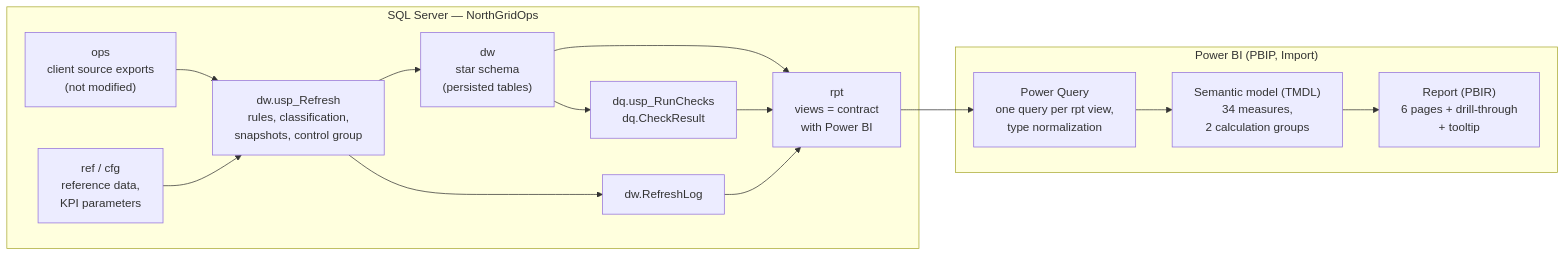
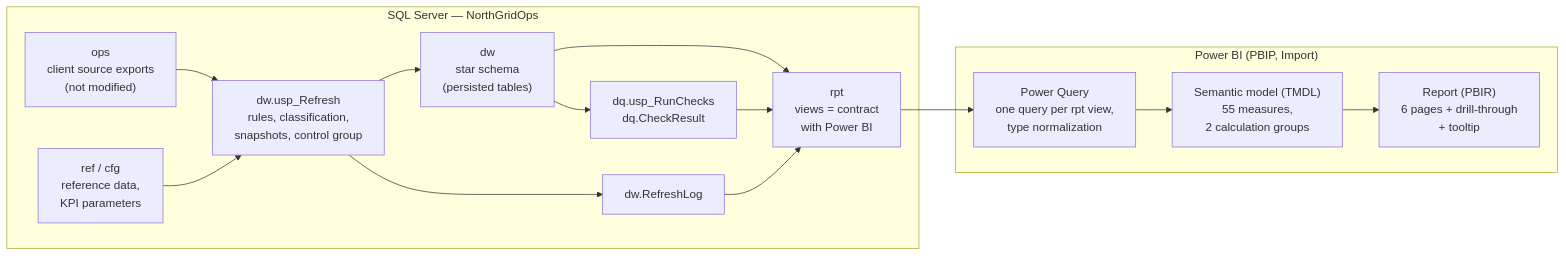
One commit to scylladl/telecom-operations-intelligence changed the diagram in docs/03-data-model.md. Above: the diagram before and after it, drawn with Mermaid. The commit also changed 2 other files, not shown here.

Commit message:
Docs: measure counts match the model (34 KPI measures plus 21 design-support measures)

````diff
--- a/docs/03-data-model.md
+++ b/docs/03-data-model.md
@@ -7,27 +7,27 @@
 ```mermaid
 flowchart LR
     subgraph SQL["SQL Server — NorthGridOps"]
         OPS["ops<br/>client source exports<br/>(not modified)"]
         REF["ref / cfg<br/>reference data,<br/>KPI parameters"]
         PROC["dw.usp_Refresh<br/>rules, classification,<br/>snapshots, control group"]
         DW["dw<br/>star schema<br/>(persisted tables)"]
         DQ["dq.usp_RunChecks<br/>dq.CheckResult"]
         RPT["rpt<br/>views = contract<br/>with Power BI"]
         LOG["dw.RefreshLog"]
         OPS --> PROC
         REF --> PROC
         PROC --> DW
         PROC --> LOG
         DW --> DQ
         DW --> RPT
         DQ --> RPT
         LOG --> RPT
     end
     subgraph PBI["Power BI (PBIP, Import)"]
         PQ["Power Query<br/>one query per rpt view,<br/>type normalization"]
-        SM["Semantic model (TMDL)<br/>34 measures,<br/>2 calculation groups"]
+        SM["Semantic model (TMDL)<br/>55 measures,<br/>2 calculation groups"]
         REP["Report (PBIR)<br/>6 pages + drill-through<br/>+ tooltip"]
         PQ --> SM --> REP
     end
     RPT --> PQ
 ```
````
